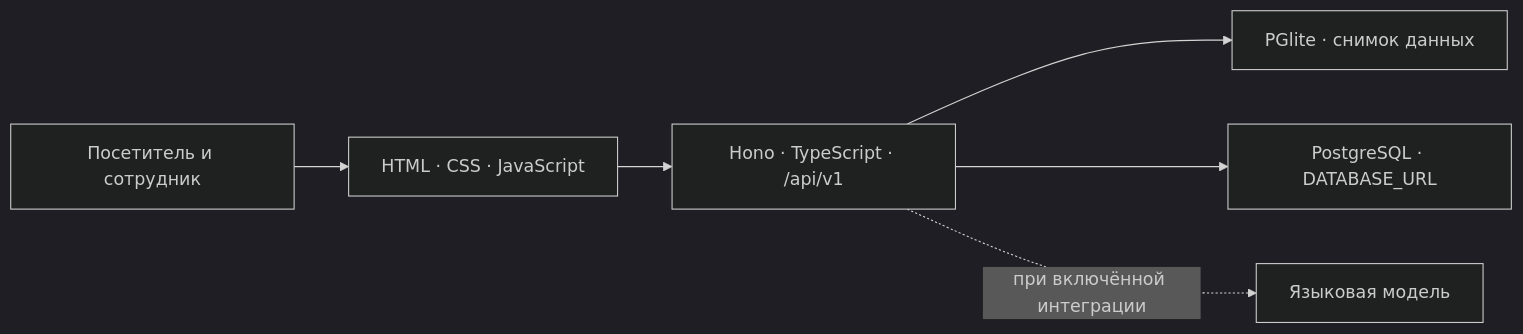
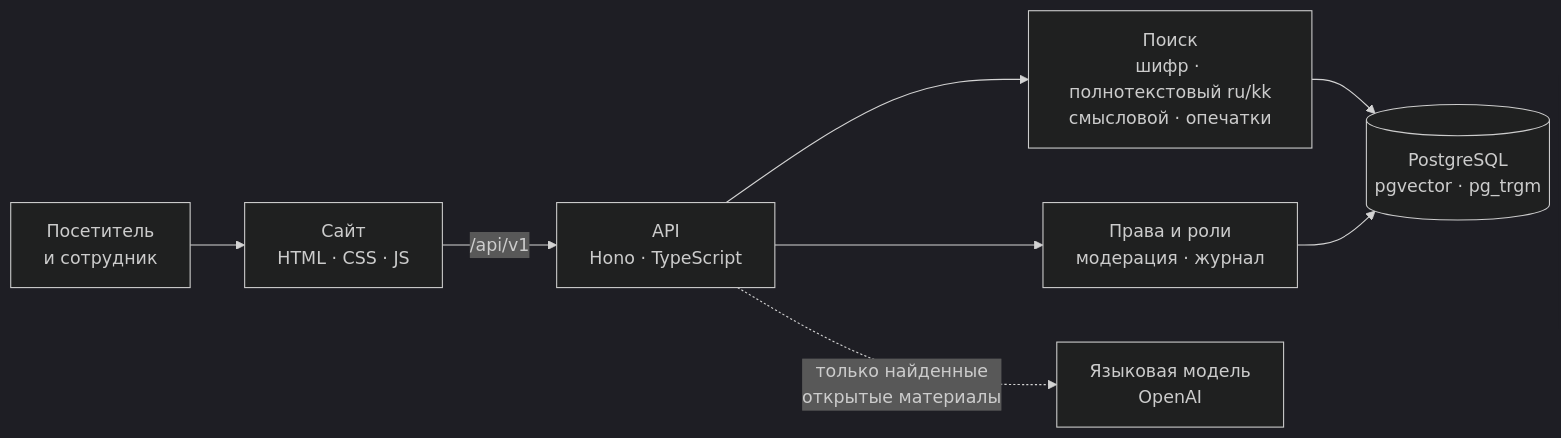
The first of 2 diagrams in README.md (temirkhanerbolatovich-coder/e-arhiv-vko-research), drawn with Mermaid (dark theme) before and after one commit. The commit also changed other lines of this file and 5 other files, not shown here.

````diff
--- a/README.md
+++ b/README.md
@@ -63,8 +137,10 @@
 ```mermaid
 flowchart LR
-    Visitor["Посетитель и сотрудник"] --> Frontend["HTML · CSS · JavaScript"]
-    Frontend --> API["Hono · TypeScript · /api/v1"]
-    API --> Demo["PGlite · снимок данных"]
-    API --> Postgres["PostgreSQL · DATABASE_URL"]
-    API -. "при включённой интеграции" .-> Model["Языковая модель"]
+    V["Посетитель<br/>и сотрудник"] --> F["Сайт<br/>HTML · CSS · JS"]
+    F -->|/api/v1| A["API<br/>Hono · TypeScript"]
+    A --> S["Поиск<br/>шифр · полнотекстовый ru/kk<br/>смысловой · опечатки"]
+    S --> D[("PostgreSQL<br/>pgvector · pg_trgm")]
+    A --> R["Права и роли<br/>модерация · журнал"]
+    R --> D
+    A -.->|только найденные<br/>открытые материалы| M["Языковая модель<br/>OpenAI"]
 ```
````
